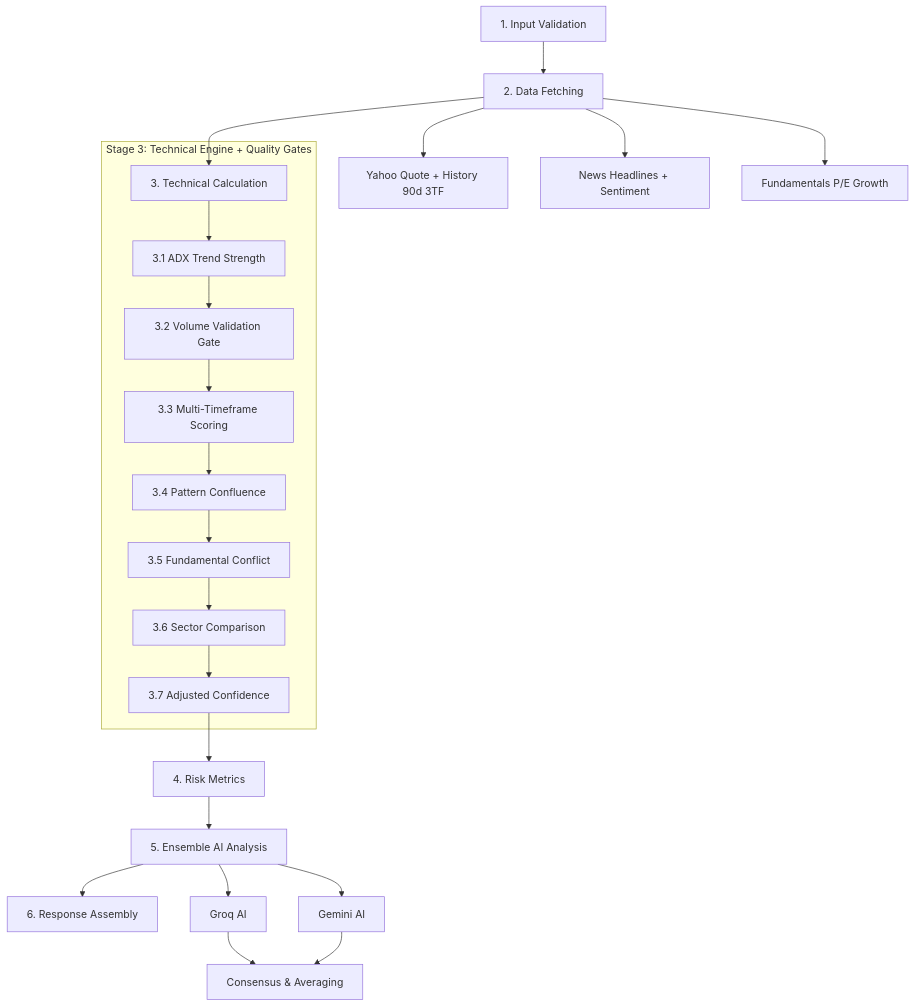
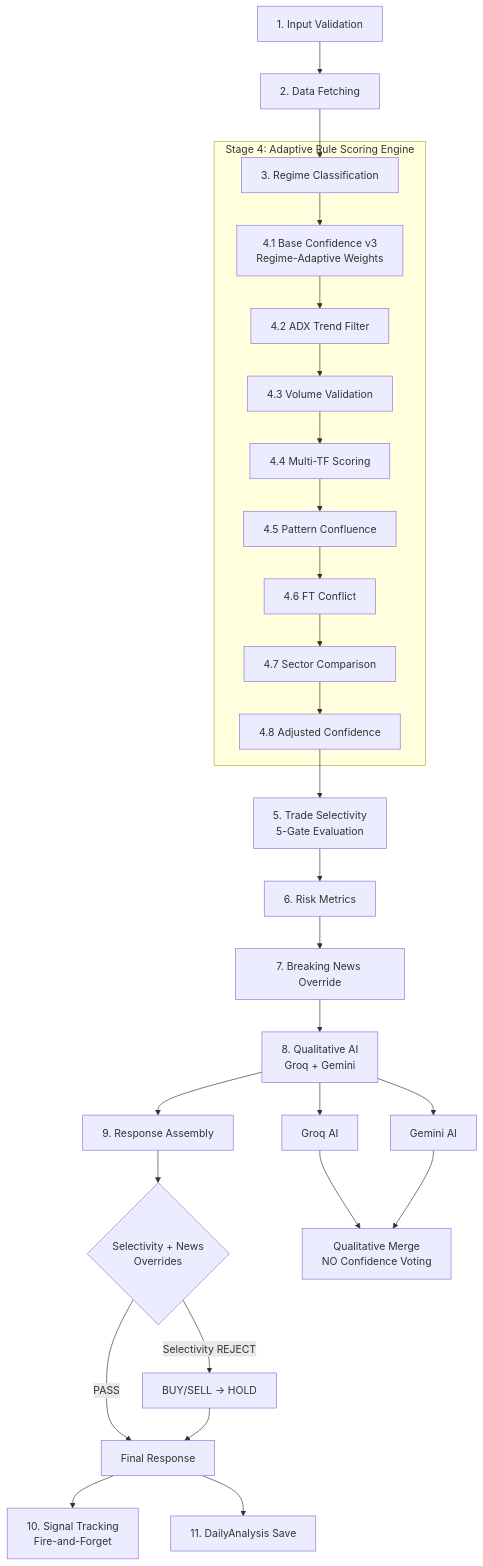
Before and after one commit to kunnu223/stock-assist: the diagram in docs/SINGLE_STOCK_ANALYSIS_FLOW.md, drawn with Mermaid. The commit also changed other lines of this file and 14 other files, not shown here.

````diff
--- a/docs/SINGLE_STOCK_ANALYSIS_FLOW.md
+++ b/docs/SINGLE_STOCK_ANALYSIS_FLOW.md
@@ -50,27 +104,32 @@
 ```mermaid
 graph TD
     A[1. Input Validation] --> B[2. Data Fetching]
-    B --> C[3. Technical Calculation]
+    B --> R[3. Regime Classification]
     
-    subgraph "Stage 3: Technical Engine + Quality Gates"
-    C --> C1[3.1 ADX Trend Strength]
-    C1 --> C2[3.2 Volume Validation Gate]
-    C2 --> C3[3.3 Multi-Timeframe Scoring]
-    C3 --> C4[3.4 Pattern Confluence]
-    C4 --> C5[3.5 Fundamental Conflict]
-    C5 --> C6[3.6 Sector Comparison]
-    C6 --> C7[3.7 Adjusted Confidence]
+    subgraph "Stage 4: Adaptive Rule Scoring Engine"
+    R --> C1[4.1 Base Confidence v3<br/>Regime-Adaptive Weights]
+    C1 --> C2[4.2 ADX Trend Filter]
+    C2 --> C3[4.3 Volume Validation]
+    C3 --> C4[4.4 Multi-TF Scoring]
+    C4 --> C5[4.5 Pattern Confluence]
+    C5 --> C6[4.6 FT Conflict]
+    C6 --> C7[4.7 Sector Comparison]
+    C7 --> C8[4.8 Adjusted Confidence]
     end
-
-    C7 --> D[4. Risk Metrics]
-    D --> E[5. Ensemble AI Analysis]
-    E --> F[6. Response Assembly]
     
-    B --> B1[Yahoo Quote + History 90d 3TF]
-    B --> B2[News Headlines + Sentiment]
-    B --> B3[Fundamentals P/E Growth]
+    C8 --> SEL[5. Trade Selectivity<br/>5-Gate Evaluation]
+    SEL --> D[6. Risk Metrics]
+    D --> BN[7. Breaking News Override]
+    BN --> E[8. Qualitative AI<br/>Groq + Gemini]
+    E --> F[9. Response Assembly]
+    F --> OVR{Selectivity + News<br/>Overrides}
+    OVR -->|Selectivity REJECT| HOLD[BUY/SELL → HOLD]
+    OVR -->|PASS| FINAL[Final Response]
+    HOLD --> FINAL
+    FINAL --> SIG[10. Signal Tracking<br/>Fire-and-Forget]
+    FINAL --> DB[11. DailyAnalysis Save]
     
     E --> E1[Groq AI]
     E --> E2[Gemini AI]
-    E1 & E2 --> E3[Consensus & Averaging]
+    E1 & E2 --> E3[Qualitative Merge<br/>NO Confidence Voting]
 ```
````
